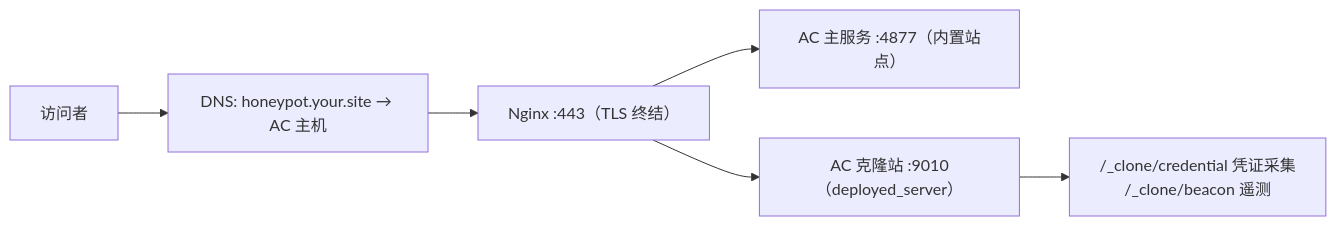
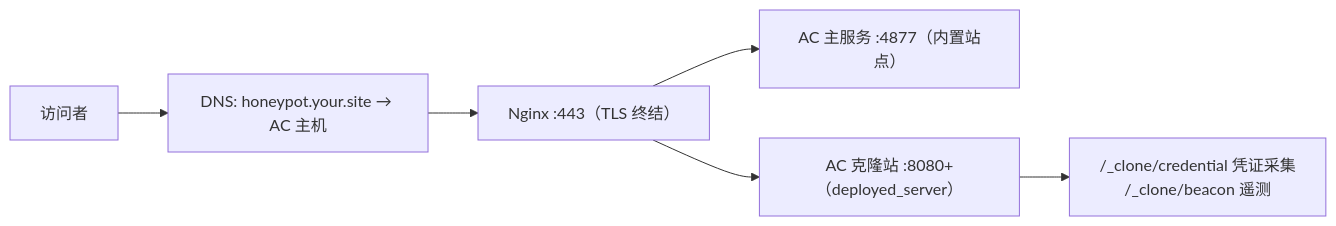
The fourth of 6 diagrams in docs/integration.md (PolarPeak/AgentCapture), drawn with Mermaid before and after one commit. The commit also changed other lines of this file, not shown here.

````diff
--- a/docs/integration.md
+++ b/docs/integration.md
@@ -159,8 +317,8 @@
 ```mermaid
 flowchart LR
     U["访问者"] --> DNS["DNS: honeypot.your.site → AC 主机"]
     DNS --> NG["Nginx :443（TLS 终结）"]
     NG --> AC1["AC 主服务 :4877（内置站点）"]
-    NG --> AC2["AC 克隆站 :9010（deployed_server）"]
+    NG --> AC2["AC 克隆站 :8080+（deployed_server）"]
     AC2 --> CB["/_clone/credential 凭证采集<br/>/_clone/beacon 遥测"]
 ```
````
